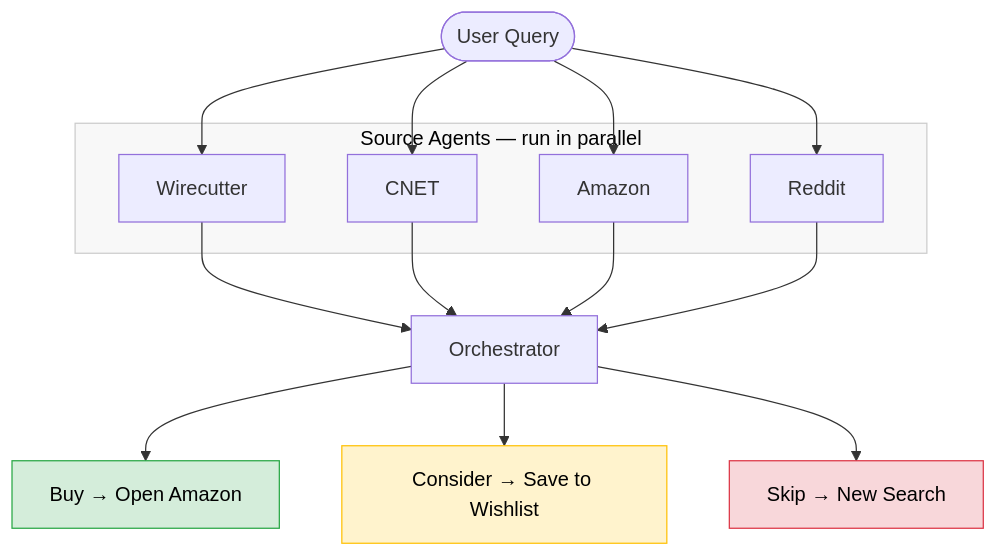
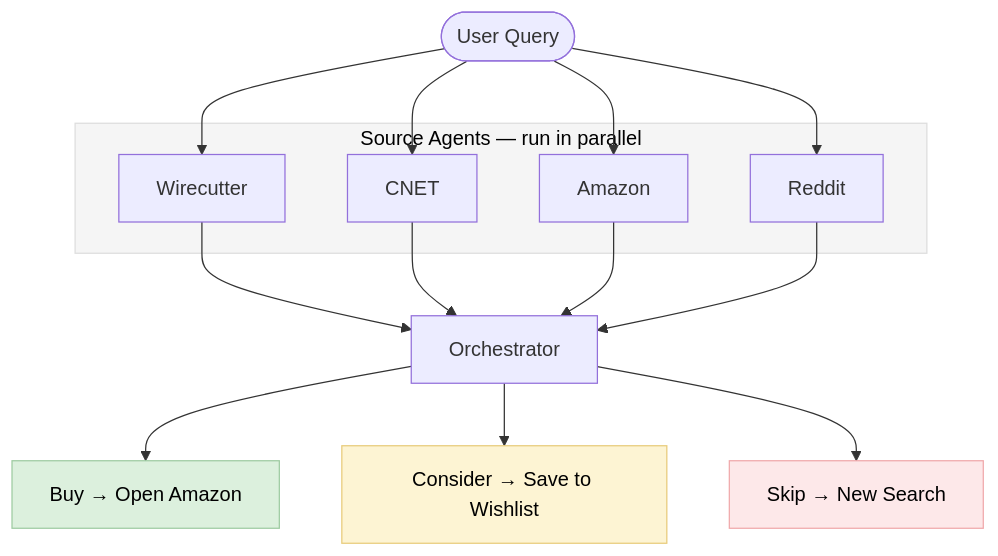
The diagram in README.md (neil-mithipati/signal), drawn with Mermaid before and after one commit.

Commit message:
Soften diagram CTA colors to pastel tones
Swapped Bootstrap alert colors for muted pastel fills and lighter strokes across Buy, Consider, and Skip nodes.

https://claude.ai/code/session_01JwR9fFtKKU9zeqLWUCsDsH

````diff
--- a/README.md
+++ b/README.md
@@ -115,23 +115,23 @@
 ```mermaid
 flowchart TD
     Q([User Query])
 
     subgraph agents[Source Agents — run in parallel]
         W[Wirecutter]
         C[CNET]
         A[Amazon]
         R[Reddit]
     end
 
     Q --> W & C & A & R
     W & C & A & R --> O[Orchestrator]
 
     O --> B[Buy → Open Amazon]
     O --> Co[Consider → Save to Wishlist]
     O --> S[Skip → New Search]
 
-    style agents fill:#f8f8f8,stroke:#ccc,color:#000
-    style B fill:#d4edda,stroke:#28a745,color:#000
-    style Co fill:#fff3cd,stroke:#ffc107,color:#000
-    style S fill:#f8d7da,stroke:#dc3545,color:#000
+    style agents fill:#f5f5f5,stroke:#ddd,color:#000
+    style B fill:#dcf0dd,stroke:#9ecba1,color:#000
+    style Co fill:#fdf4d3,stroke:#e8cb7a,color:#000
+    style S fill:#fde8e9,stroke:#f0a8aa,color:#000
 ```
````
